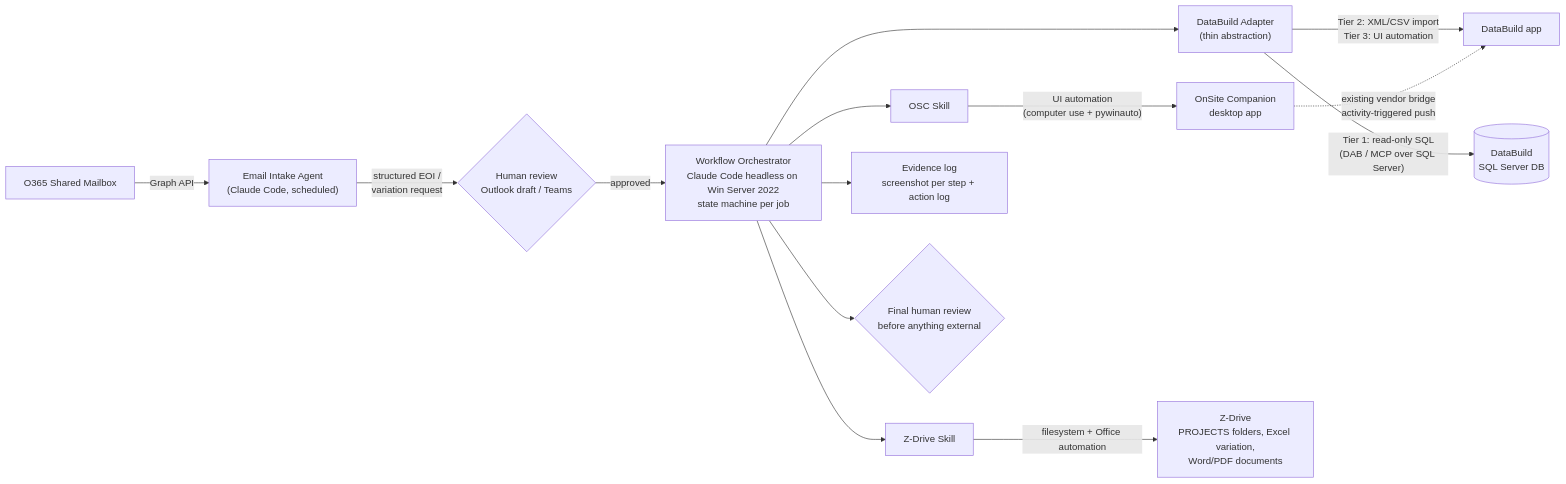
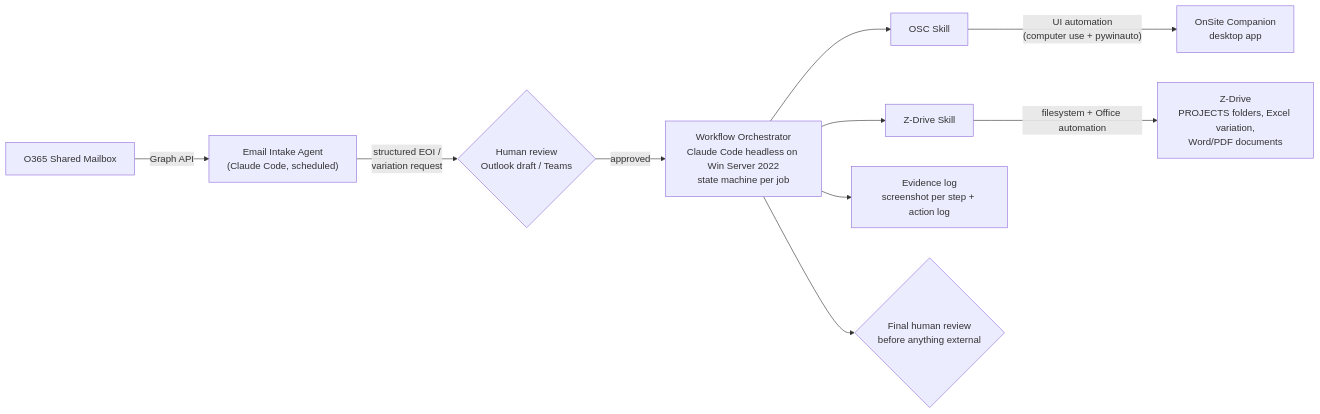
One commit to lxgzmy/transpaire-claude-code changed the diagram in job-roles/contract-admin/docs/01-solution-architecture.md. Above: the diagram before and after it, drawn with Mermaid. The commit also changed other lines of this file and 6 other files, not shown here.

First line of the commit message:
DataBuild integration removed: vendor confirmed no API access (23 Aug 2026)

````diff
--- a/job-roles/contract-admin/docs/01-solution-architecture.md
+++ b/job-roles/contract-admin/docs/01-solution-architecture.md
@@ -28,16 +46,12 @@
 ```mermaid
 flowchart LR
   Mail["O365 Shared Mailbox"] -->|Graph API| Intake["Email Intake Agent\n(Claude Code, scheduled)"]
   Intake -->|structured EOI /\nvariation request| Review1{"Human review\nOutlook draft / Teams"}
   Review1 -->|approved| Orch["Workflow Orchestrator\nClaude Code headless on Win Server 2022\nstate machine per job"]
   Orch --> OSCS["OSC Skill"]
   Orch --> ZS["Z-Drive Skill"]
-  Orch --> DBS["DataBuild Adapter\n(thin abstraction)"]
   OSCS -->|"UI automation\n(computer use + pywinauto)"| OSC["OnSite Companion\ndesktop app"]
   ZS -->|filesystem + Office automation| Z["Z-Drive\nPROJECTS folders, Excel variation,\nWord/PDF documents"]
-  DBS -->|"Tier 1: read-only SQL\n(DAB / MCP over SQL Server)"| DBSQL[("DataBuild\nSQL Server DB")]
-  DBS -->|"Tier 2: XML/CSV import\nTier 3: UI automation"| DB["DataBuild app"]
-  OSC -.->|existing vendor bridge\nactivity-triggered push| DB
   Orch --> Ev["Evidence log\nscreenshot per step + action log"]
   Orch --> Review2{"Final human review\nbefore anything external"}
 ```
````
